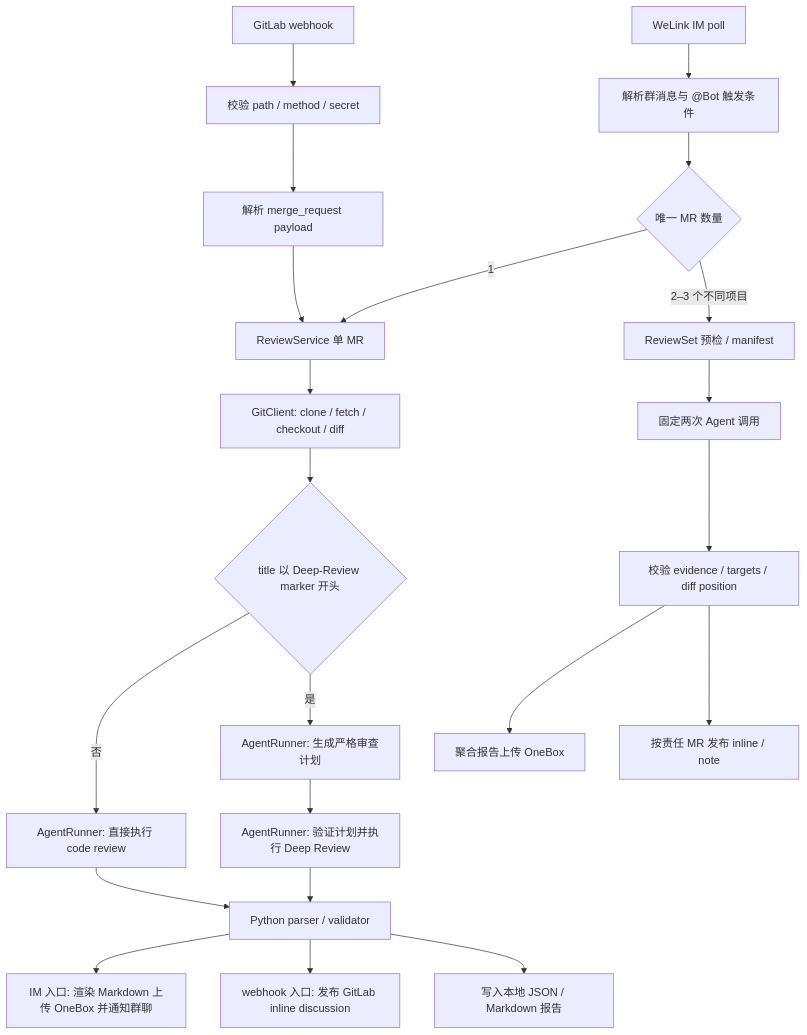
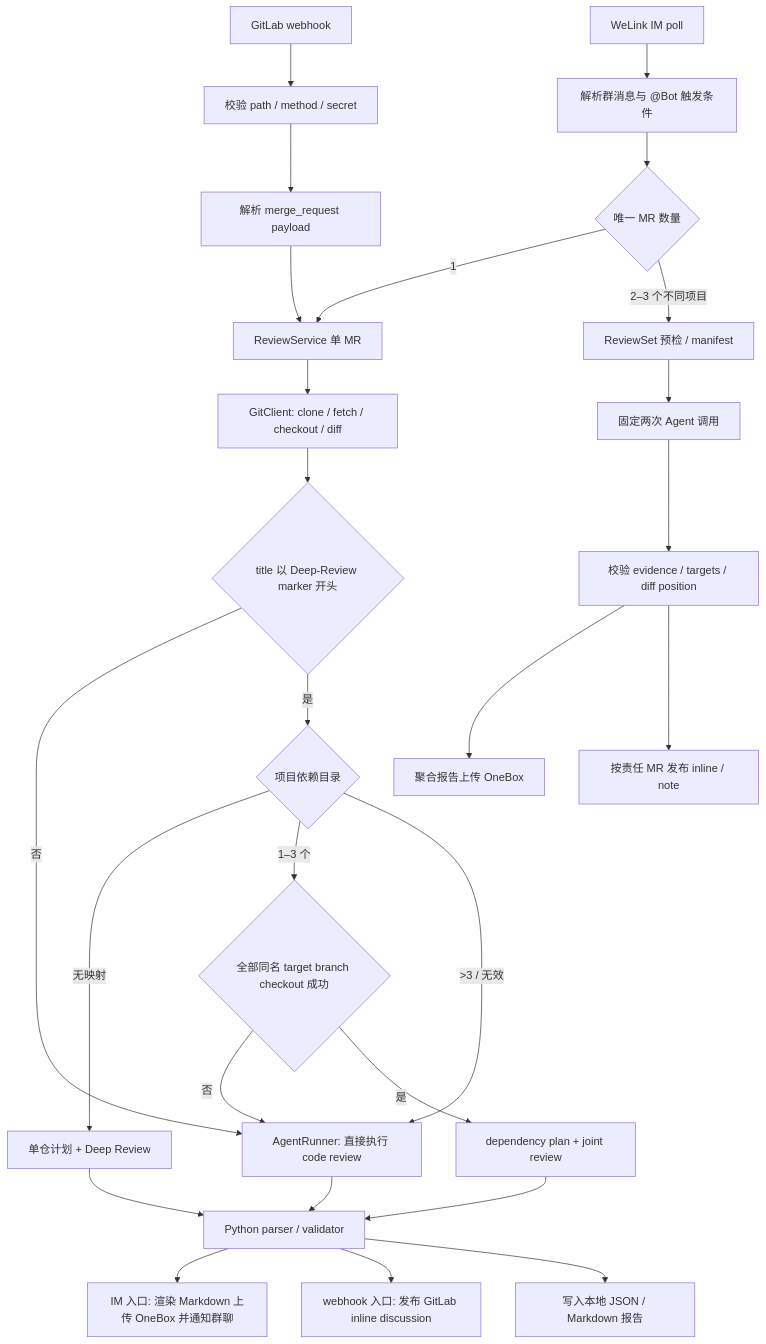
One commit to Faye-663/code-mr-reviewer changed the first of 3 diagrams in docs/DESIGN.md. Above: the diagram before and after it, drawn with Mermaid. The commit also changed other lines of this file and 31 other files, not shown here.

First line of the commit message:
实现基于项目依赖映射的 Deep Review 联合检视 (#13)

````diff
--- a/docs/DESIGN.md
+++ b/docs/DESIGN.md
@@ -7,24 +7,29 @@
 ```mermaid
 flowchart TD
     A["WeLink IM poll"] --> B["解析群消息与 @Bot 触发条件"]
     C["GitLab webhook"] --> D["校验 path / method / secret"]
     D --> E["解析 merge_request payload"]
     B --> B2{"唯一 MR 数量"}
     B2 -- "1" --> F["ReviewService 单 MR"]
     B2 -- "2–3 个不同项目" --> R["ReviewSet 预检 / manifest"]
     E --> F
     F --> G["GitClient: clone / fetch / checkout / diff"]
     G --> H{"title 以 Deep-Review marker 开头"}
     H -- "否" --> I["AgentRunner: 直接执行 code review"]
-    H -- "是" --> H2["AgentRunner: 生成严格审查计划"]
-    H2 --> I2["AgentRunner: 验证计划并执行 Deep Review"]
+    H -- "是" --> Q{"项目依赖目录"}
+    Q -- "无映射" --> H2["单仓计划 + Deep Review"]
+    Q -- "1–3 个" --> Q2{"全部同名 target branch checkout 成功"}
+    Q -- ">3 / 无效" --> I
+    Q2 -- "否" --> I
+    Q2 -- "是" --> Q3["dependency plan + joint review"]
     I --> J["Python parser / validator"]
-    I2 --> J
+    H2 --> J
+    Q3 --> J
     J --> K["IM 入口: 渲染 Markdown 上传 OneBox 并通知群聊"]
     J --> L["webhook 入口: 发布 GitLab inline discussion"]
     J --> M["写入本地 JSON / Markdown 报告"]
     R --> R2["固定两次 Agent 调用"]
     R2 --> R3["校验 evidence / targets / diff position"]
     R3 --> R4["聚合报告上传 OneBox"]
     R3 --> R5["按责任 MR 发布 inline / note"]
 ```
````
